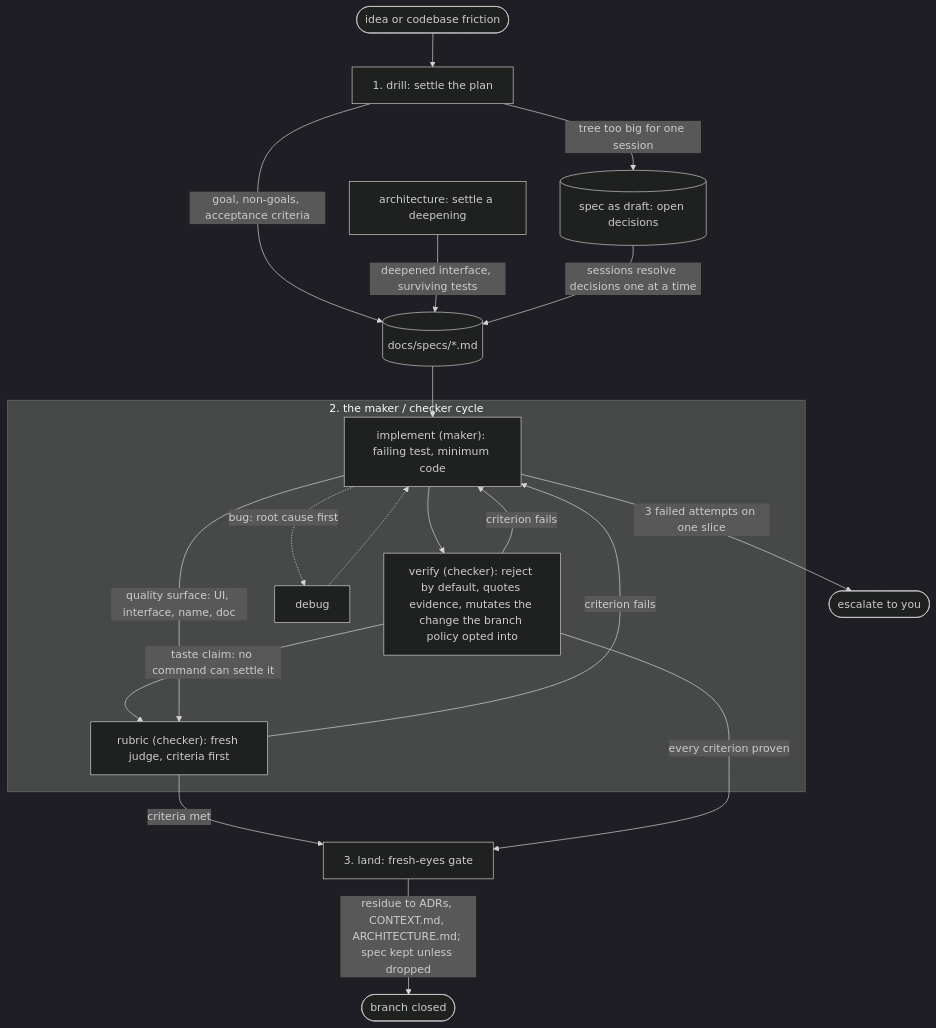
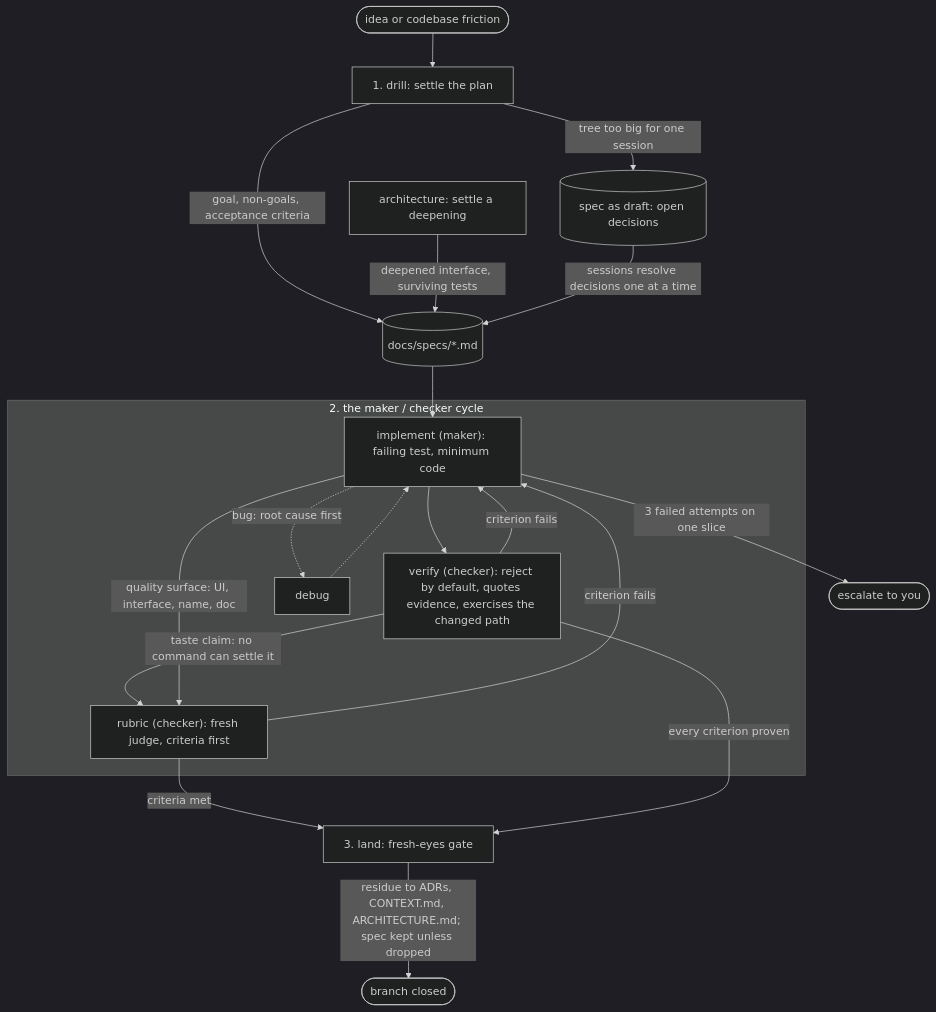
The diagram in README.md (pwguler/skills), drawn with Mermaid (dark theme) before and after one commit. The commit also changed 7 other files, not shown here.

Commit message:
verify: no mutation step, one evidence record per tree hash, deduped batched commands; implement and land follow the record; tooling drops the mutation sections

````diff
--- a/README.md
+++ b/README.md
@@ -53,24 +53,24 @@
 ```mermaid
 flowchart TD
     idea([idea or codebase friction]) --> drill["1. drill: settle the plan"]
     drill -- "goal, non-goals, acceptance criteria" --> spec[("docs/specs/*.md")]
     arch["architecture: settle a deepening"] -- "deepened interface, surviving tests" --> spec
     drill -- "tree too big for one session" --> draft[("spec as draft: open decisions")]
     draft -- "sessions resolve decisions one at a time" --> spec
     spec --> impl
 
     subgraph cycle["2. the maker / checker cycle"]
-        impl["implement (maker): failing test, minimum code"] --> verify["verify (checker): reject by default, quotes evidence, mutates the change the branch policy opted into"]
+        impl["implement (maker): failing test, minimum code"] --> verify["verify (checker): reject by default, quotes evidence, exercises the changed path"]
         verify -- "criterion fails" --> impl
         impl -. "bug: root cause first" .-> debug
         debug -.-> impl
         rub["rubric (checker): fresh judge, criteria first"] -- "criterion fails" --> impl
     end
 
     verify -- "taste claim: no command can settle it" --> rub
     impl -- "quality surface: UI, interface, name, doc" --> rub
     rub -- "criteria met" --> land
     verify -- "every criterion proven" --> land["3. land: fresh-eyes gate"]
     impl -- "3 failed attempts on one slice" --> you(["escalate to you"])
     land -- "residue to ADRs, CONTEXT.md, ARCHITECTURE.md; spec kept unless dropped" --> done([branch closed])
 ```
````
